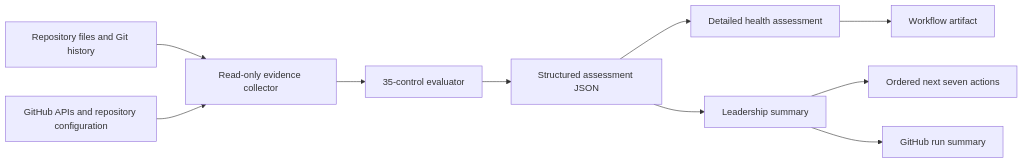
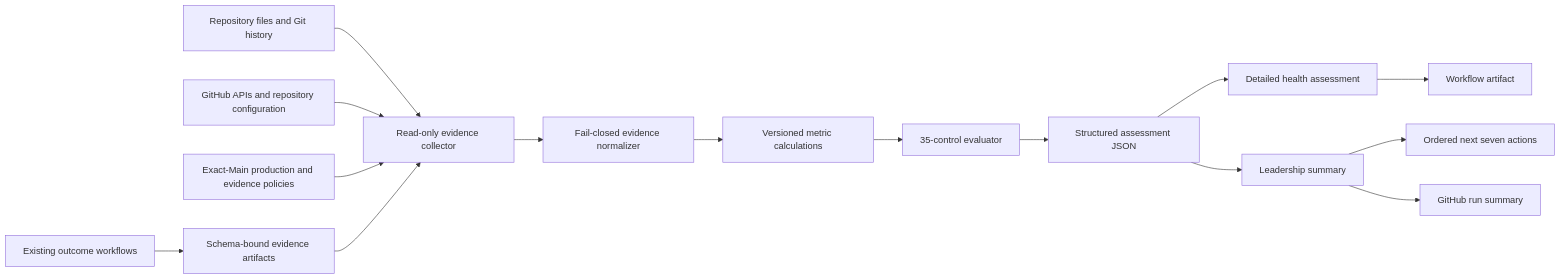
One commit to TedTschopp/github-repository-health changed the diagram in docs/automation-guide.md. Above: the diagram before and after it, drawn with Mermaid. The commit also changed other lines of this file and 56 other files, not shown here.

````diff
--- a/docs/automation-guide.md
+++ b/docs/automation-guide.md
@@ -55,12 +55,17 @@
 ```mermaid
 flowchart LR
     A["Repository files and Git history"] --> C["Read-only evidence collector"]
     B["GitHub APIs and repository configuration"] --> C
-    C --> D["35-control evaluator"]
+    P["Exact-Main production and evidence policies"] --> C
+    W["Existing outcome workflows"] --> X["Schema-bound evidence artifacts"]
+    X --> C
+    C --> N["Fail-closed evidence normalizer"]
+    N --> M["Versioned metric calculations"]
+    M --> D["35-control evaluator"]
     D --> E["Structured assessment JSON"]
     E --> F["Detailed health assessment"]
     E --> G["Leadership summary"]
     G --> H["Ordered next seven actions"]
     F --> I["Workflow artifact"]
     G --> J["GitHub run summary"]
 ```
````
